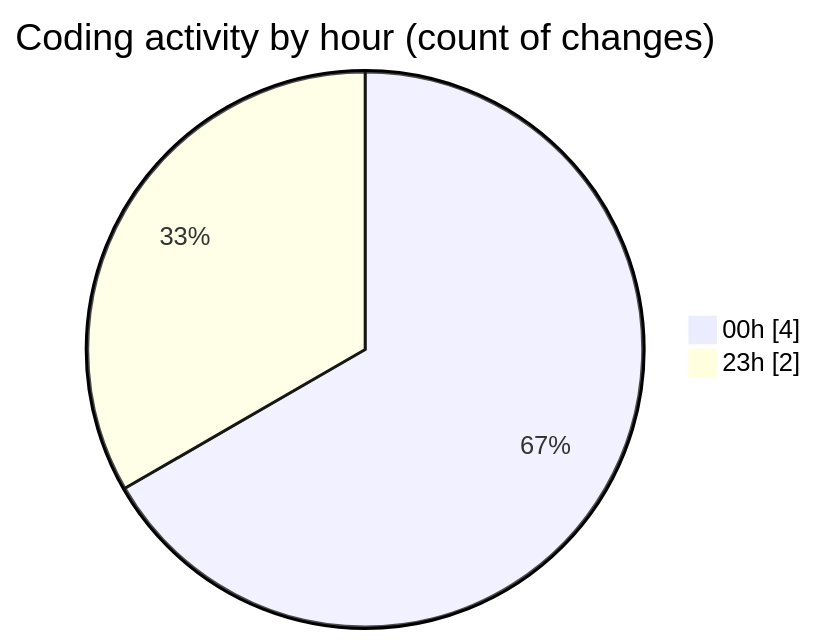
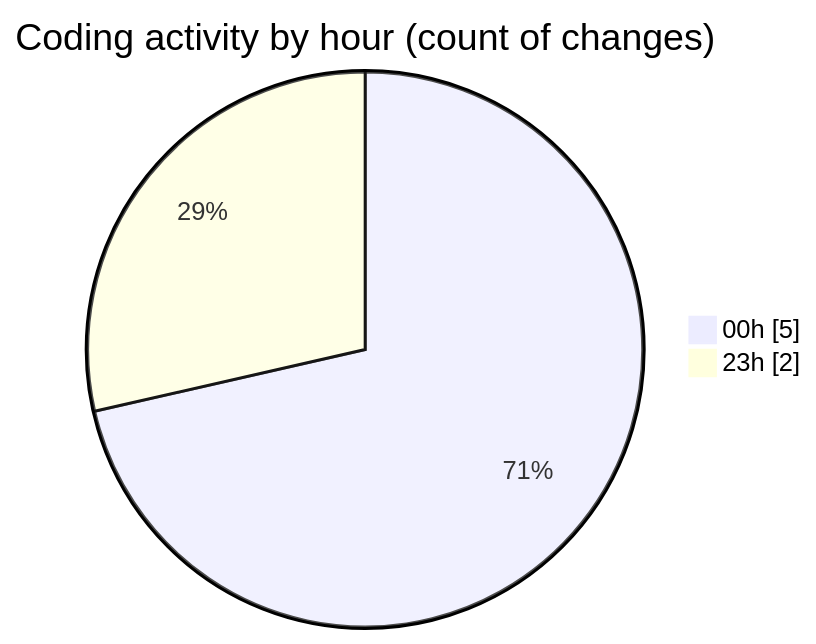
One commit to julien-gomy/code-tracking changed the second of 2 diagrams in 2025-11-26/eventscop-frontend-guide__workspace_/README.md. Above: the diagram before and after it, drawn with Mermaid. The commit also changed other lines of this file and 1 other file, not shown here.

````diff
--- a/2025-11-26/eventscop-frontend-guide__workspace_/README.md
+++ b/2025-11-26/eventscop-frontend-guide__workspace_/README.md
@@ -31,6 +31,6 @@
 ```mermaid
 pie showData
 title Coding activity by hour (count of changes)
-"00h" : 4
+"00h" : 5
 "23h" : 2
 ```
````
